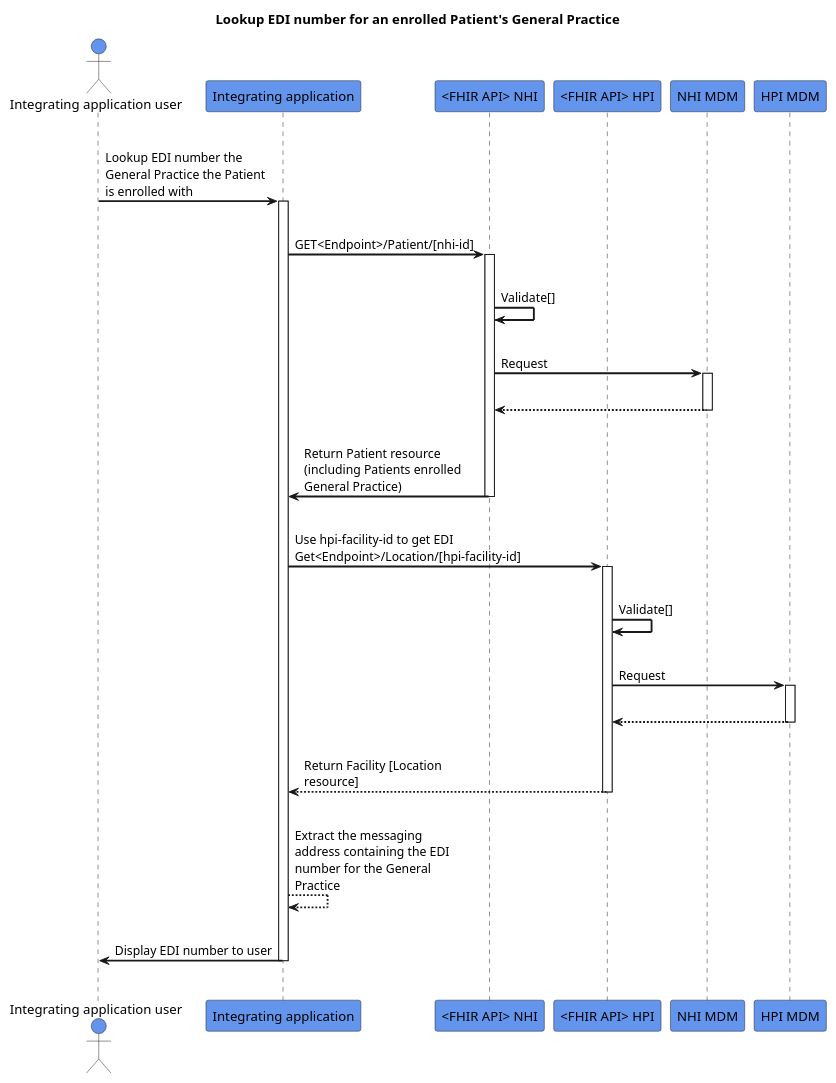
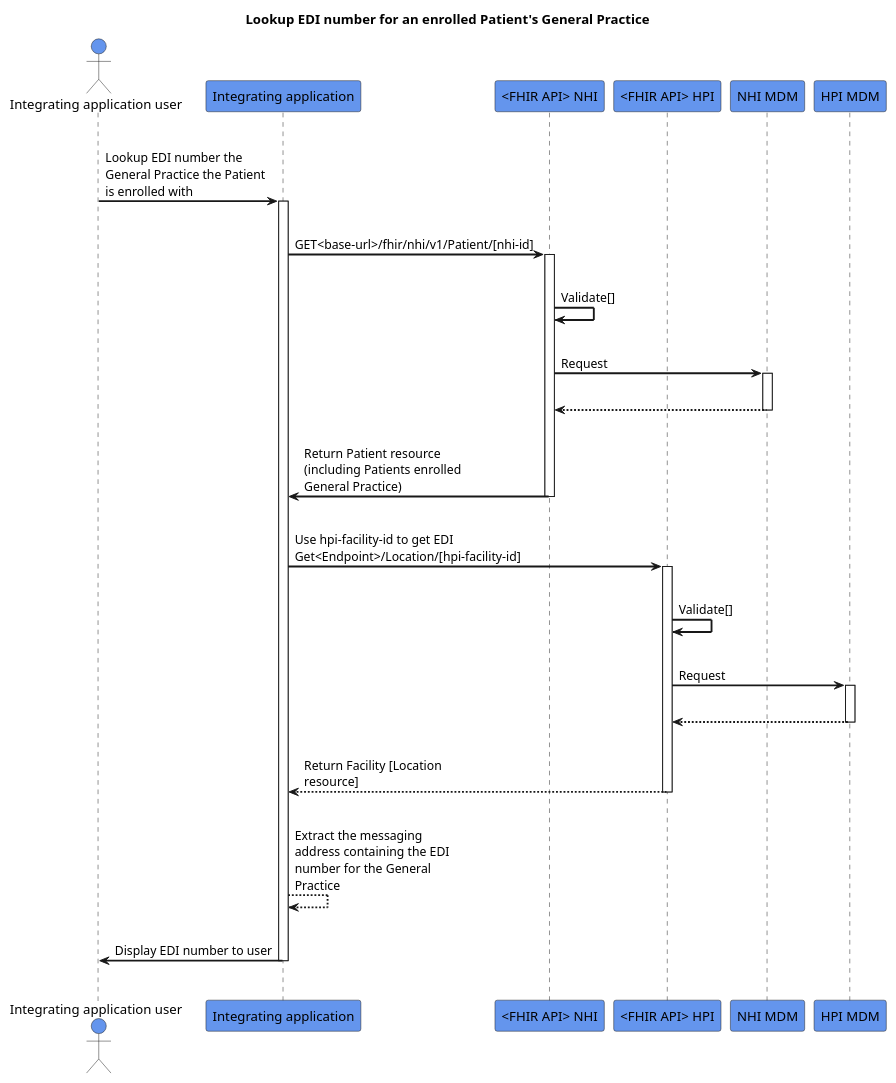
Before and after one commit to HL7NZ/nhi: the diagram in input/images-source/lookup-edi-number.plantuml, drawn with PlantUML.

```diff
--- a/input/images-source/lookup-edi-number.plantuml
+++ b/input/images-source/lookup-edi-number.plantuml
@@ -1,50 +1,50 @@
 @startuml
 skinparam sequenceArrowThickness 2
 skinparam roundcorner 5
 skinparam maxmessagesize 180
 skinparam sequenceParticipant bold
 title Lookup EDI number for an enrolled Patient's General Practice
 actor "Integrating application user" as User #CornflowerBlue
 participant "Integrating application" as A #CornflowerBlue
 participant "<FHIR API> NHI" as B #CornflowerBlue
 participant "<FHIR API> HPI" as C #CornflowerBlue
 participant "NHI MDM" as D #CornflowerBlue
 participant "HPI MDM" as E #CornflowerBlue
 |||
 User -> A: Lookup EDI number the General Practice the Patient is enrolled with
 activate A
 |||
-A -> B: GET<Endpoint>/Patient/[nhi-id]
+A -> B: GET<base-url>/fhir/nhi/v1/Patient/[nhi-id]
 activate B
 |||
 B -> B: Validate[]
 |||
 B -> D: Request
 activate D
 |||
 D -[dashed]-> B:  
 deactivate D
 |||
 B -> A: Return Patient resource (including Patients enrolled General Practice)
 deactivate B
 |||
 A -> C: Use hpi-facility-id to get EDI Get<Endpoint>/Location/[hpi-facility-id]
 activate C
 |||
 C -> C: Validate[]
 |||
 C -> E: Request
 activate E
 |||
 E -[dashed]-> C:  
 deactivate E
 |||
 C -[dashed]-> A:Return Facility [Location resource]
 deactivate C
 |||
 A -[dashed]-> A: Extract the messaging address containing the EDI number for the General Practice
 |||
 A -> User: Display EDI number to user
 deactivate A
 |||
 @enduml
```
